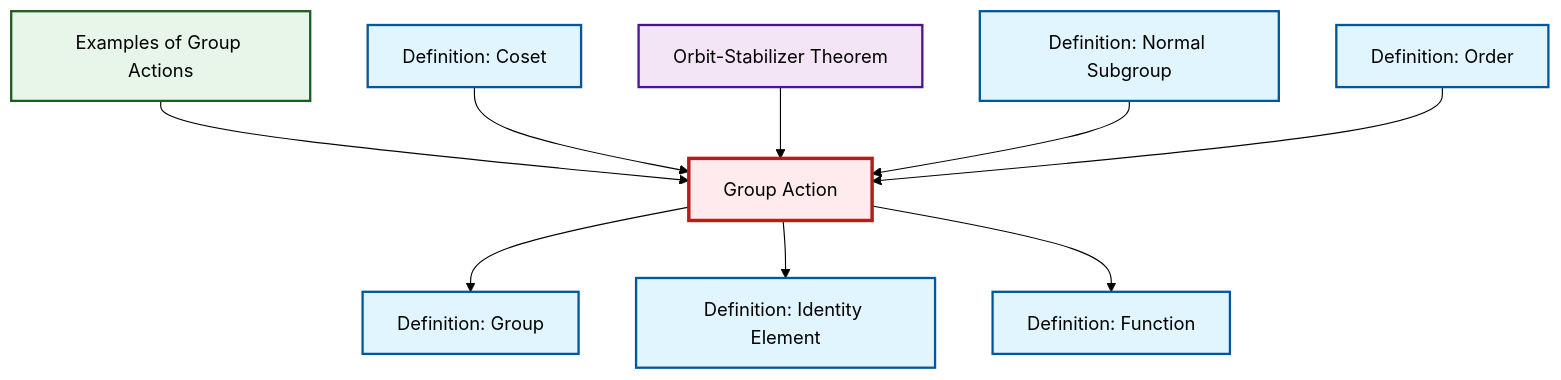
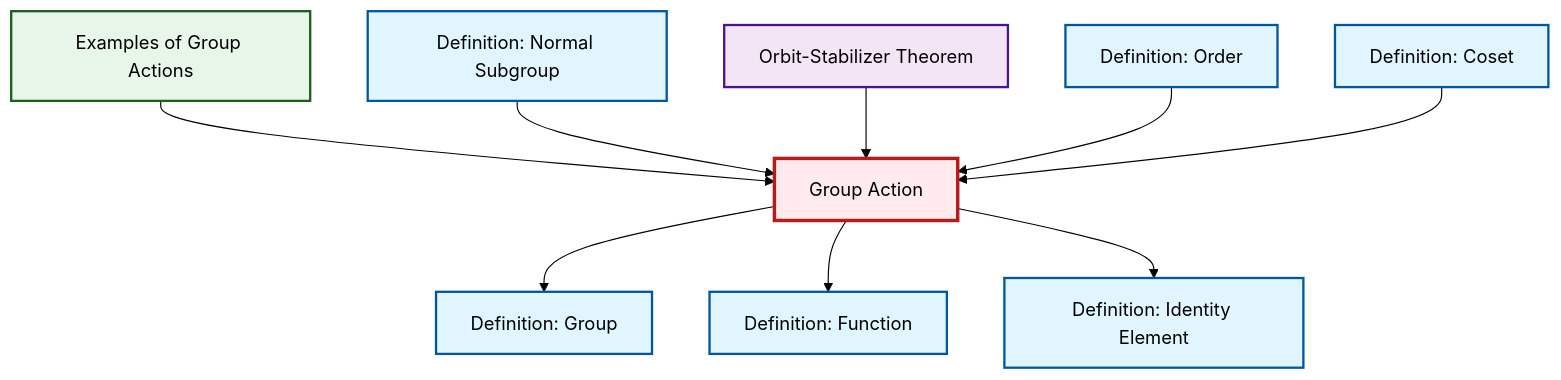
The diagram in content/en/algebra/def-group-action.qmd (RK0429/ModernMath), drawn with Mermaid (forest theme) before and after one commit. The commit also changed other lines of this file and 1069 other files, not shown here.

````diff
--- a/content/en/algebra/def-group-action.qmd
+++ b/content/en/algebra/def-group-action.qmd
@@ -61,35 +61,35 @@
 ```{mermaid}
 %%| fig-cap: "Local dependency graph"
 graph TD
     classDef definition fill:#e1f5fe,stroke:#01579b,stroke-width:2px
     classDef theorem fill:#f3e5f5,stroke:#4a148c,stroke-width:2px
     classDef axiom fill:#fff3e0,stroke:#e65100,stroke-width:2px
     classDef example fill:#e8f5e9,stroke:#1b5e20,stroke-width:2px
     classDef current fill:#ffebee,stroke:#b71c1c,stroke-width:3px
-    def-coset["Definition: Coset"]:::definition
-    def-group["Definition: Group"]:::definition
-    def-order["Definition: Order"]:::definition
     def-function["Definition: Function"]:::definition
     thm-orbit-stabilizer["Orbit-Stabilizer Theorem"]:::theorem
+    def-normal-subgroup["Definition: Normal Subgroup"]:::definition
+    def-order["Definition: Order"]:::definition
+    ex-group-action-examples["Examples of Group Actions"]:::example
     def-identity-element["Definition: Identity Element"]:::definition
-    ex-group-action-examples["Examples of Group Actions"]:::example
-    def-normal-subgroup["Definition: Normal Subgroup"]:::definition
+    def-coset["Definition: Coset"]:::definition
     def-group-action["Group Action"]:::definition
+    def-group["Definition: Group"]:::definition
     ex-group-action-examples --> def-group-action
-    def-coset --> def-group-action
+    def-normal-subgroup --> def-group-action
+    thm-orbit-stabilizer --> def-group-action
     def-group-action --> def-group
-    thm-orbit-stabilizer --> def-group-action
-    def-normal-subgroup --> def-group-action
+    def-group-action --> def-function
     def-order --> def-group-action
     def-group-action --> def-identity-element
-    def-group-action --> def-function
+    def-coset --> def-group-action
     class def-group-action current
+    click def-function "def-function.html" "Go to Function definition"
+    click thm-orbit-stabilizer "thm-orbit-stabilizer.html" "Go to Orbit-Stabilizer Theorem"
+    click def-normal-subgroup "def-normal-subgroup.html" "Go to Normal Subgroup definition"
+    click def-order "def-order.html" "Go to Order definition"
+    click ex-group-action-examples "ex-group-action-examples.html" "Go to Examples of Group Actions"
+    click def-identity-element "def-identity-element.html" "Go to Identity Element definition"
     click def-coset "def-coset.html" "Go to Coset definition"
     click def-group "def-group.html" "Go to Group definition"
-    click def-order "def-order.html" "Go to Order definition"
-    click def-function "def-function.html" "Go to Function definition"
-    click thm-orbit-stabilizer "thm-orbit-stabilizer.html" "Go to Orbit-Stabilizer Theorem"
-    click def-identity-element "def-identity-element.html" "Go to Identity Element definition"
-    click ex-group-action-examples "ex-group-action-examples.html" "Go to Examples of Group Actions"
-    click def-normal-subgroup "def-normal-subgroup.html" "Go to Normal Subgroup definition"
 ```
````
